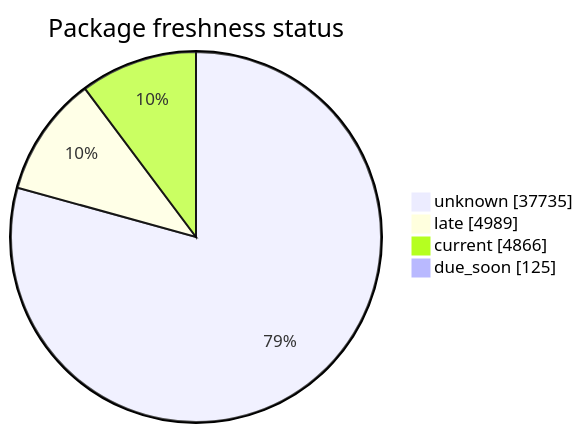
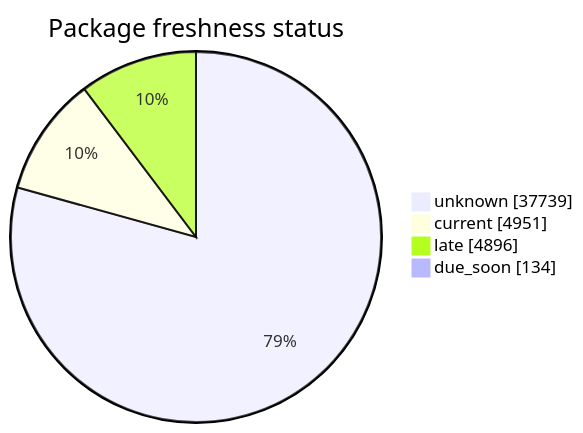
The second of 5 diagrams in FreshCheck/README.md (open-data/analytics-corporate-reporting), drawn with Mermaid before and after one commit. The commit also changed other lines of this file and 3 other files, not shown here.

````diff
--- a/FreshCheck/README.md
+++ b/FreshCheck/README.md
@@ -68,7 +68,7 @@
 ```mermaid
 pie showData title Package freshness status
-    "unknown": 37735
-    "late": 4989
-    "current": 4866
-    "due_soon": 125
+    "unknown": 37739
+    "current": 4951
+    "late": 4896
+    "due_soon": 134
 ```
````
